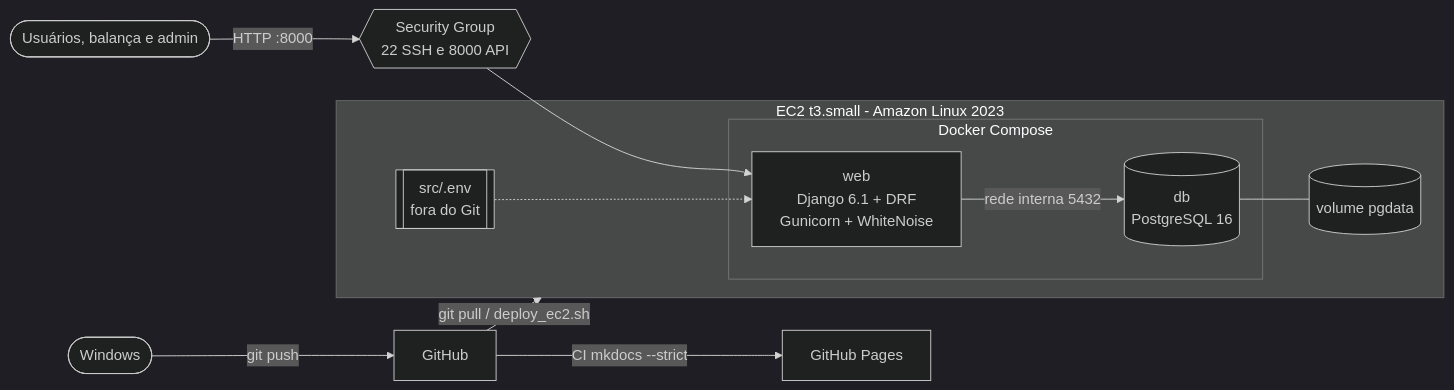
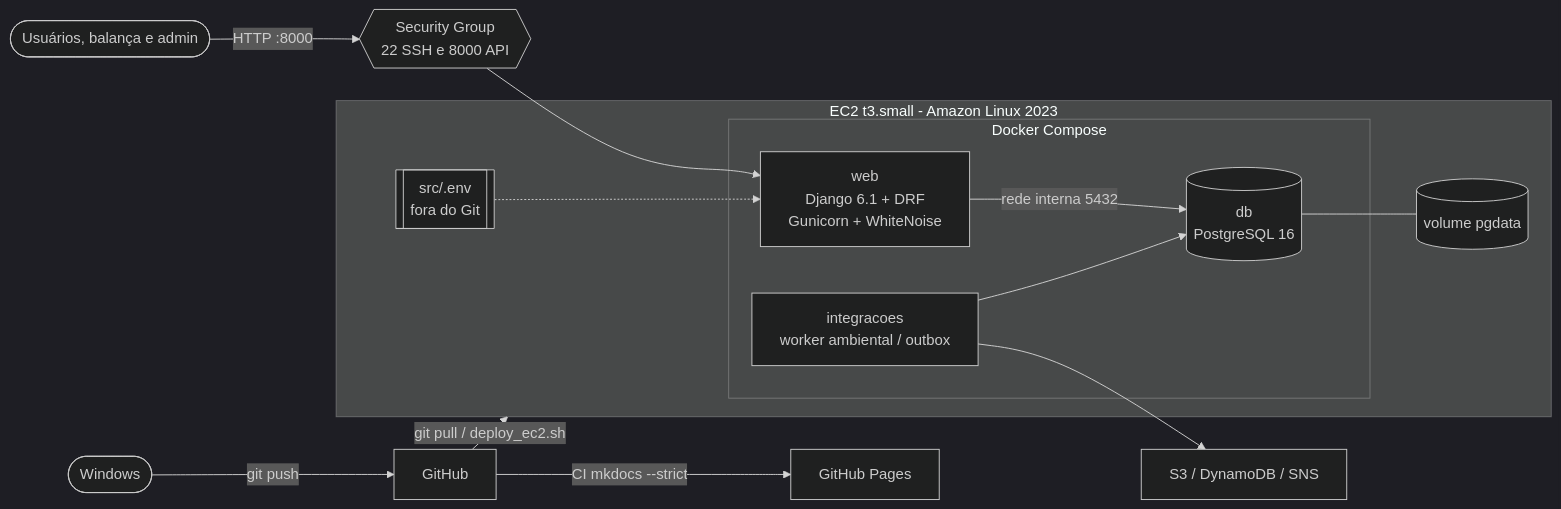
The first of 2 diagrams in README.md (Projetos-de-Extensao/PC_ADS_26.2_8001_II), drawn with Mermaid (dark theme) before and after one commit. The commit also changed other lines of this file and 31 other files, not shown here.

````diff
--- a/README.md
+++ b/README.md
@@ -38,19 +38,22 @@
 ```mermaid
 flowchart LR
     U([Usuários, balança e admin]) -->|HTTP :8000| SG{{Security Group<br/>22 SSH e 8000 API}}
     subgraph EC2[EC2 t3.small - Amazon Linux 2023]
       subgraph Compose[Docker Compose]
         W[web<br/>Django 6.1 + DRF<br/>Gunicorn + WhiteNoise]
         D[(db<br/>PostgreSQL 16)]
+        I[integracoes<br/>worker ambiental / outbox]
       end
       V[(volume pgdata)]
       E[[src/.env<br/>fora do Git]]
     end
     SG --> W
     W -->|rede interna 5432| D
+    I --> D
+    I --> AWS[S3 / DynamoDB / SNS]
     D --- V
     E -.-> W
     Dev([Windows]) -->|git push| GH[GitHub]
     GH -->|git pull / deploy_ec2.sh| EC2
     GH -->|CI mkdocs --strict| Pages[GitHub Pages]
 ```
````
